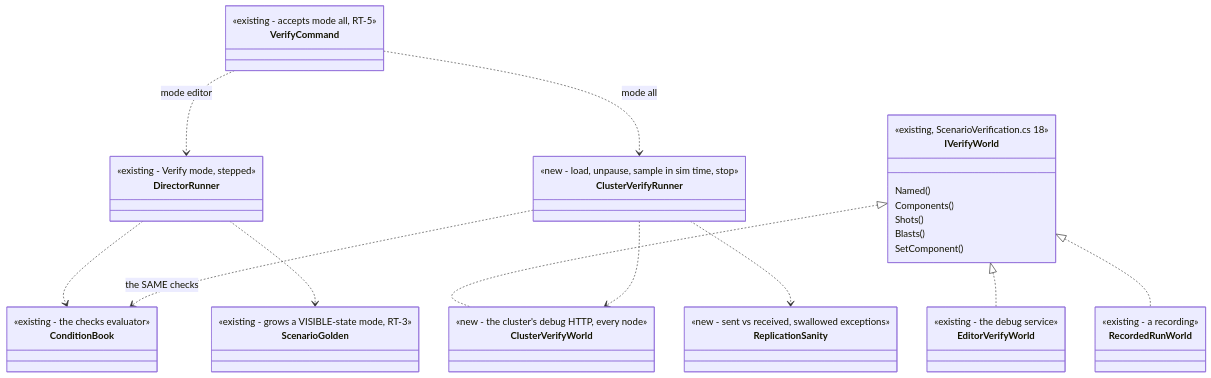
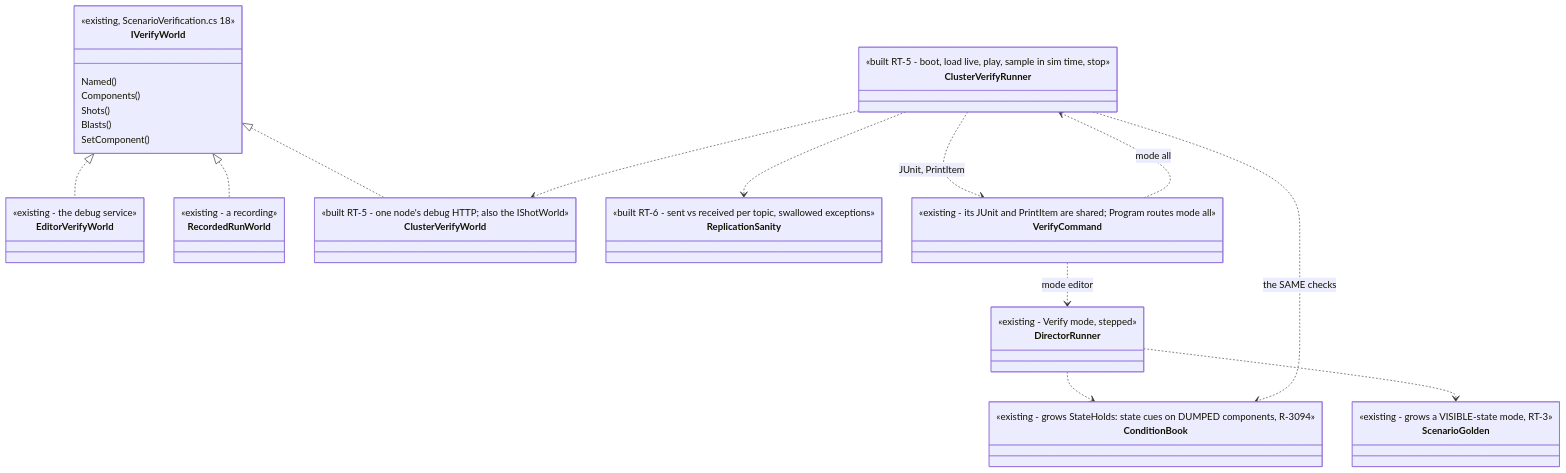
One commit to pjanec/HROT changed diagram 14 of 16 in docs/DESIGN_Scenario_Regression.md. Above: the diagram before and after it, drawn with Mermaid. The commit also changed other lines of this file and 45 other files, not shown here.

````diff
--- a/docs/DESIGN_Scenario_Regression.md
+++ b/docs/DESIGN_Scenario_Regression.md
@@ -886,48 +886,49 @@
 ```mermaid
 classDiagram
   class IVerifyWorld {
     <<existing, ScenarioVerification.cs 18>>
     Named()
     Components()
     Shots()
     Blasts()
     SetComponent()
   }
   class EditorVerifyWorld {
     <<existing - the debug service>>
   }
   class RecordedRunWorld {
     <<existing - a recording>>
   }
   class ClusterVerifyWorld {
-    <<new - the cluster's debug HTTP, every node>>
+    <<built RT-5 - one node's debug HTTP; also the IShotWorld>>
   }
   class ConditionBook {
-    <<existing - the checks evaluator>>
+    <<existing - grows StateHolds: state cues on DUMPED components, R-3094>>
   }
   class ScenarioGolden {
     <<existing - grows a VISIBLE-state mode, RT-3>>
   }
   class DirectorRunner {
     <<existing - Verify mode, stepped>>
   }
   class ClusterVerifyRunner {
-    <<new - load, unpause, sample in sim time, stop>>
+    <<built RT-5 - boot, load live, play, sample in sim time, stop>>
   }
   class ReplicationSanity {
-    <<new - sent vs received, swallowed exceptions>>
+    <<built RT-6 - sent vs received per topic, swallowed exceptions>>
   }
   class VerifyCommand {
-    <<existing - accepts mode all, RT-5>>
+    <<existing - its JUnit and PrintItem are shared; Program routes mode all>>
   }
   IVerifyWorld <|.. EditorVerifyWorld
   IVerifyWorld <|.. RecordedRunWorld
   IVerifyWorld <|.. ClusterVerifyWorld
   DirectorRunner ..> ConditionBook
   DirectorRunner ..> ScenarioGolden
   ClusterVerifyRunner ..> ConditionBook : the SAME checks
   ClusterVerifyRunner ..> ClusterVerifyWorld
   ClusterVerifyRunner ..> ReplicationSanity
   VerifyCommand ..> DirectorRunner : mode editor
   VerifyCommand ..> ClusterVerifyRunner : mode all
+  ClusterVerifyRunner ..> VerifyCommand : JUnit, PrintItem
 ```
````
